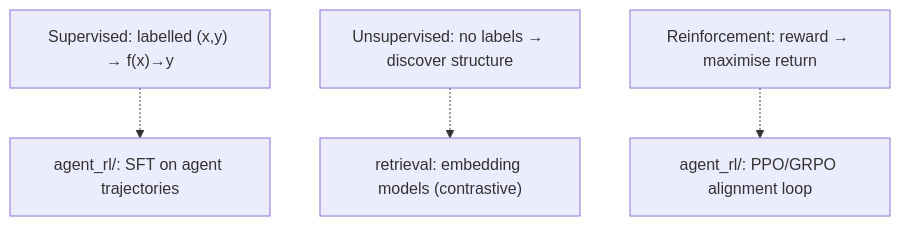
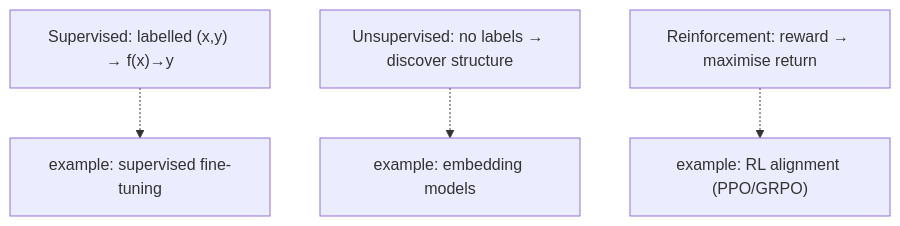
Before and after one commit to michaelatamuk/openjiuwen-knowledge: the second of 18 diagrams in content/topics/00-ml-foundations.md, drawn with Mermaid. The commit also changed other lines of this file and 57 other files, not shown here.

````diff
--- a/content/topics/00-ml-foundations.md
+++ b/content/topics/00-ml-foundations.md
@@ -36,6 +24,6 @@
 ```mermaid
 flowchart TD
-    SL["Supervised: labelled (x,y) → f(x)→y"] -.-> SFT["agent_rl/: SFT on agent trajectories"]
-    UL["Unsupervised: no labels → discover structure"] -.-> EMB["retrieval: embedding models (contrastive)"]
-    RL["Reinforcement: reward → maximise return"] -.-> PPO["agent_rl/: PPO/GRPO alignment loop"]
+    SL["Supervised: labelled (x,y) → f(x)→y"] -.-> SFT["example: supervised fine-tuning"]
+    UL["Unsupervised: no labels → discover structure"] -.-> EMB["example: embedding models"]
+    RL["Reinforcement: reward → maximise return"] -.-> PPO["example: RL alignment (PPO/GRPO)"]
 ```
````
